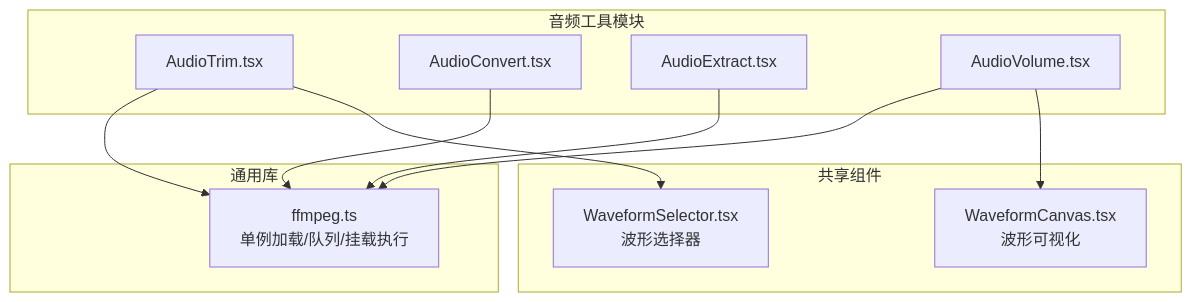
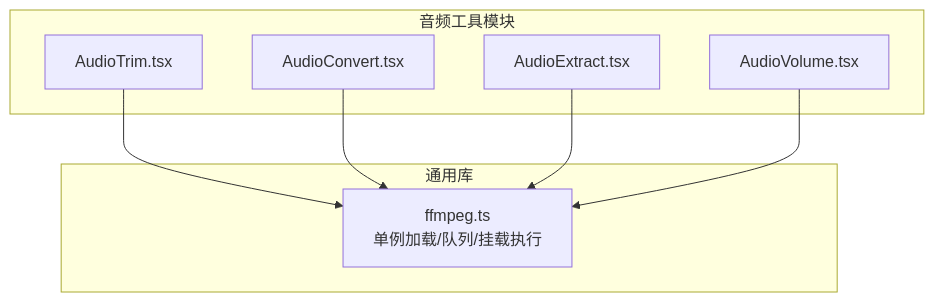
One commit to sgyy/privadeck changed the first of 7 diagrams in .qoder/repowiki/zh/content/音频工具/音频工具.md. Above: the diagram before and after it, drawn with Mermaid. The commit also changed other lines of this file and 48 other files, not shown here.

````diff
--- a/.qoder/repowiki/zh/content/音频工具/音频工具.md
+++ b/.qoder/repowiki/zh/content/音频工具/音频工具.md
@@ -48,22 +43,16 @@
 ```mermaid
 graph TB
 subgraph "音频工具模块"
 T["AudioTrim.tsx"]
 C["AudioConvert.tsx"]
 E["AudioExtract.tsx"]
 V["AudioVolume.tsx"]
 end
 subgraph "通用库"
 L["ffmpeg.ts<br/>单例加载/队列/挂载执行"]
 end
-subgraph "共享组件"
-WC["WaveformCanvas.tsx<br/>波形可视化"]
-WS["WaveformSelector.tsx<br/>波形选择器"]
-end
 T --> L
 C --> L
 E --> L
 V --> L
-V --> WC
-T --> WS
 ```
````
